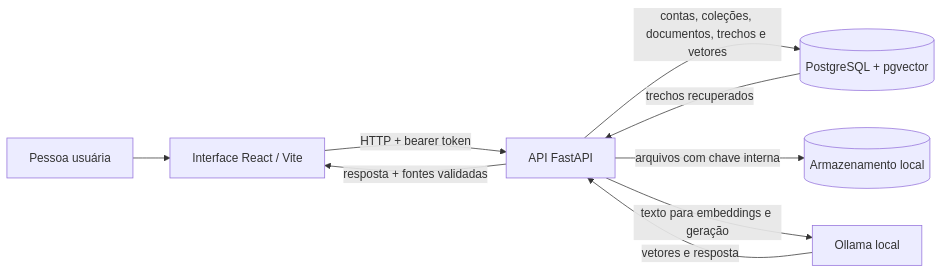
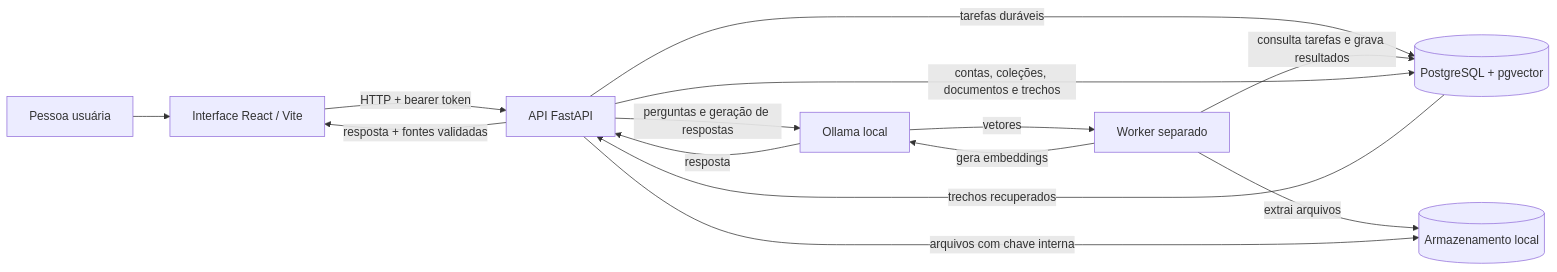
Before and after one commit to mateuscardososs/AcervoIA: the diagram in README.md, drawn with Mermaid. The commit also changed other lines of this file and 28 other files, not shown here.

````diff
--- a/README.md
+++ b/README.md
@@ -19,11 +19,16 @@
 ```mermaid
 flowchart LR
     U[Pessoa usuária] --> W[Interface React / Vite]
     W -->|HTTP + bearer token| A[API FastAPI]
-    A -->|contas, coleções, documentos, trechos e vetores| DB[(PostgreSQL + pgvector)]
+    A -->|tarefas duráveis| DB[(PostgreSQL + pgvector)]
+    WK[Worker separado] -->|consulta tarefas e grava resultados| DB
+    WK -->|extrai arquivos| FS[(Armazenamento local)]
+    WK -->|gera embeddings| O[Ollama local]
+    A -->|contas, coleções, documentos e trechos| DB
     A -->|arquivos com chave interna| FS[(Armazenamento local)]
-    A -->|texto para embeddings e geração| O[Ollama local]
-    O -->|vetores e resposta| A
+    A -->|perguntas e geração de respostas| O
+    O -->|resposta| A
+    O -->|vetores| WK
     DB -->|trechos recuperados| A
     A -->|resposta + fontes validadas| W
 ```
````
